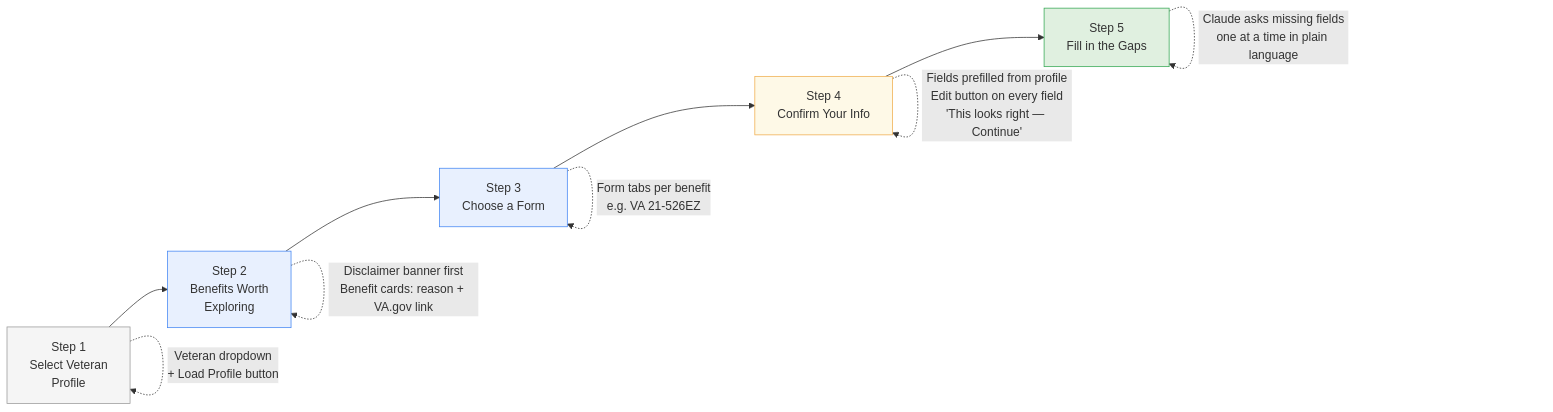
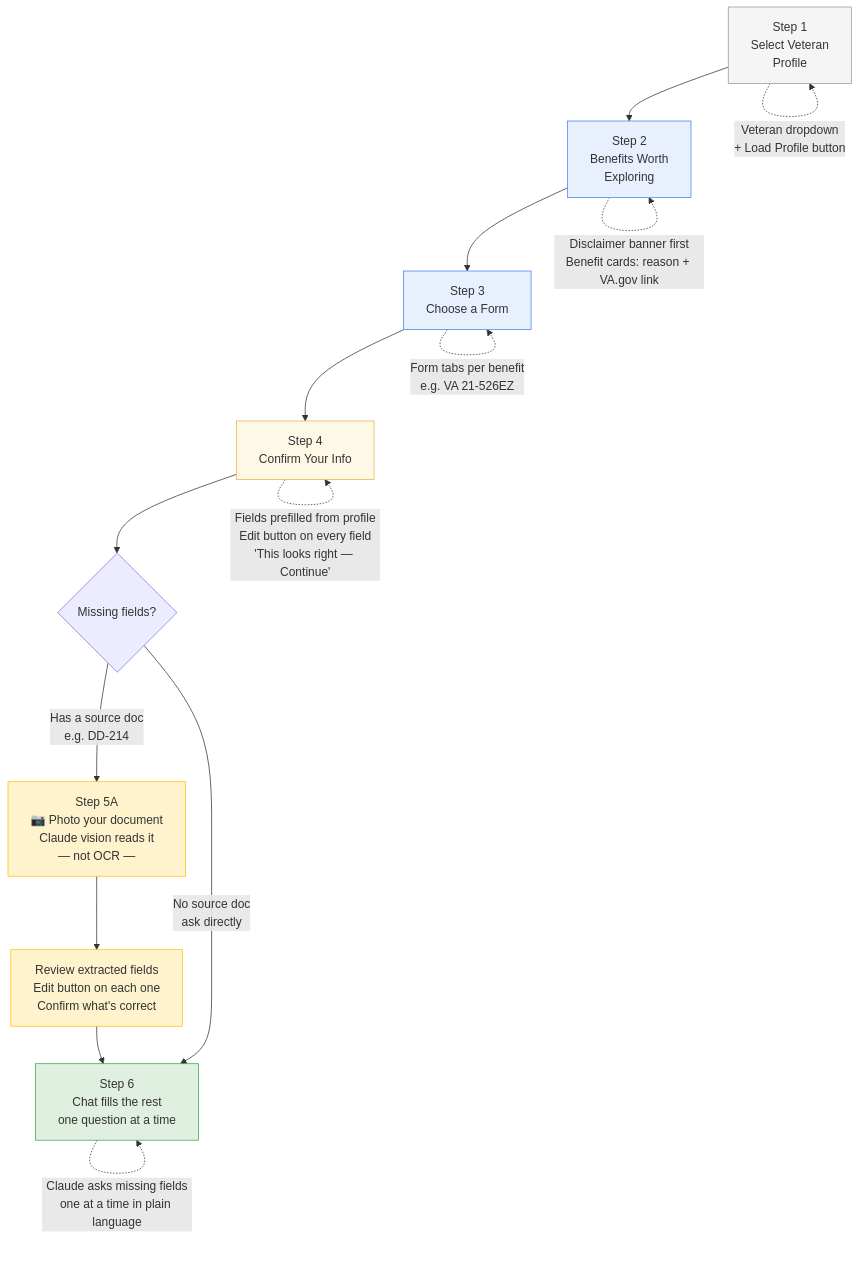
The first of 2 diagrams in COLLABORATOR_BRIEF.md (akaseahawk/VetAssist), drawn with Mermaid before and after one commit. The commit also changed other lines of this file and 4 other files, not shown here.

Commit message:
docs: document photo-to-prefill story — add to all READMEs, diagrams, and service maps

````diff
--- a/COLLABORATOR_BRIEF.md
+++ b/COLLABORATOR_BRIEF.md
@@ -34,19 +34,26 @@
 ```mermaid
-flowchart LR
+flowchart TD
     S1["Step 1\nSelect Veteran\nProfile"] --> S2["Step 2\nBenefits Worth\nExploring"]
     S2 --> S3["Step 3\nChoose a Form"]
     S3 --> S4["Step 4\nConfirm Your Info"]
-    S4 --> S5["Step 5\nFill in the Gaps"]
+    S4 --> S5{"Missing fields?"}
+
+    S5 -->|"Has a source doc\ne.g. DD-214"| S5A["Step 5A\n📷 Photo your document\nClaude vision reads it\n— not OCR —"]
+    S5A --> S5B["Review extracted fields\nEdit button on each one\nConfirm what's correct"]
+    S5B --> S6["Step 6\nChat fills the rest\none question at a time"]
+    S5 -->|"No source doc\nask directly"| S6
 
     S1 -.->|"Veteran dropdown\n+ Load Profile button"| S1
     S2 -.->|"Disclaimer banner first\nBenefit cards: reason + VA.gov link"| S2
     S3 -.->|"Form tabs per benefit\ne.g. VA 21-526EZ"| S3
     S4 -.->|"Fields prefilled from profile\nEdit button on every field\n'This looks right — Continue'"| S4
-    S5 -.->|"Claude asks missing fields\none at a time in plain language"| S5
+    S6 -.->|"Claude asks missing fields\none at a time in plain language"| S6
 
     style S1 fill:#f5f5f5,stroke:#999
     style S2 fill:#e8f0fe,stroke:#4285f4
     style S3 fill:#e8f0fe,stroke:#4285f4
     style S4 fill:#fef9e7,stroke:#f0ad4e
-    style S5 fill:#e0f0e0,stroke:#34a853
+    style S5A fill:#fff3cd,stroke:#ffc107
+    style S5B fill:#fff3cd,stroke:#ffc107
+    style S6 fill:#e0f0e0,stroke:#34a853
 ```
````
